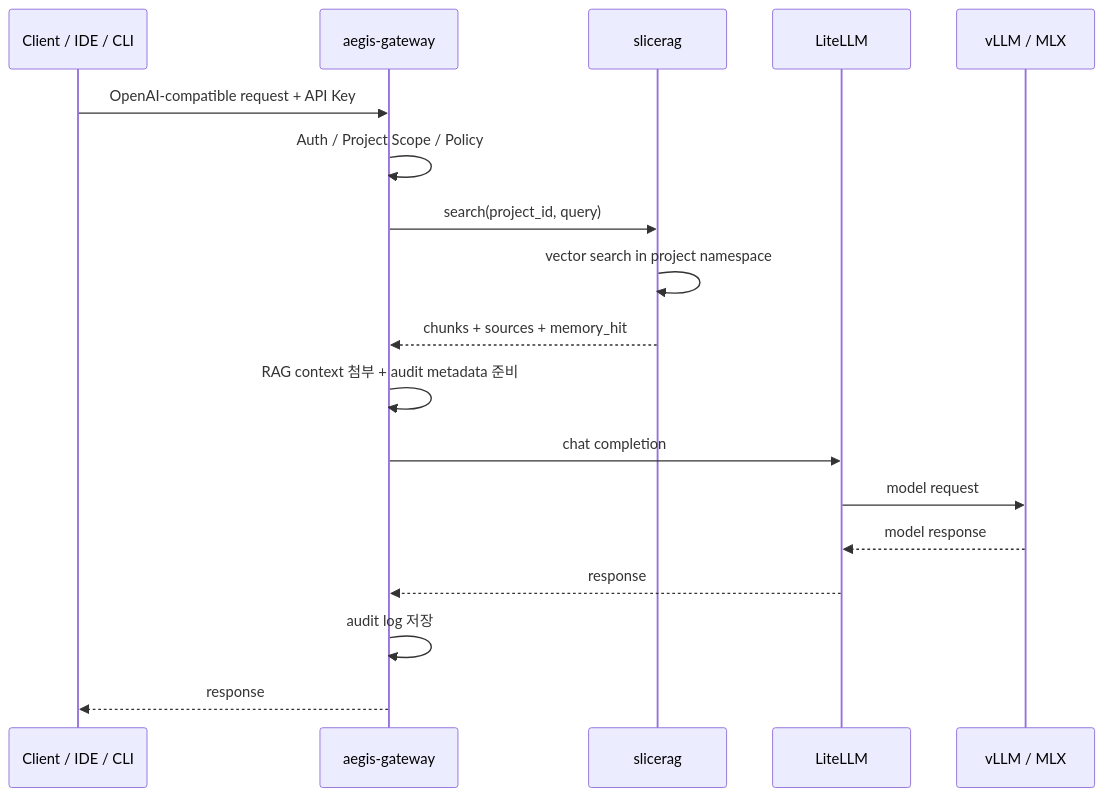
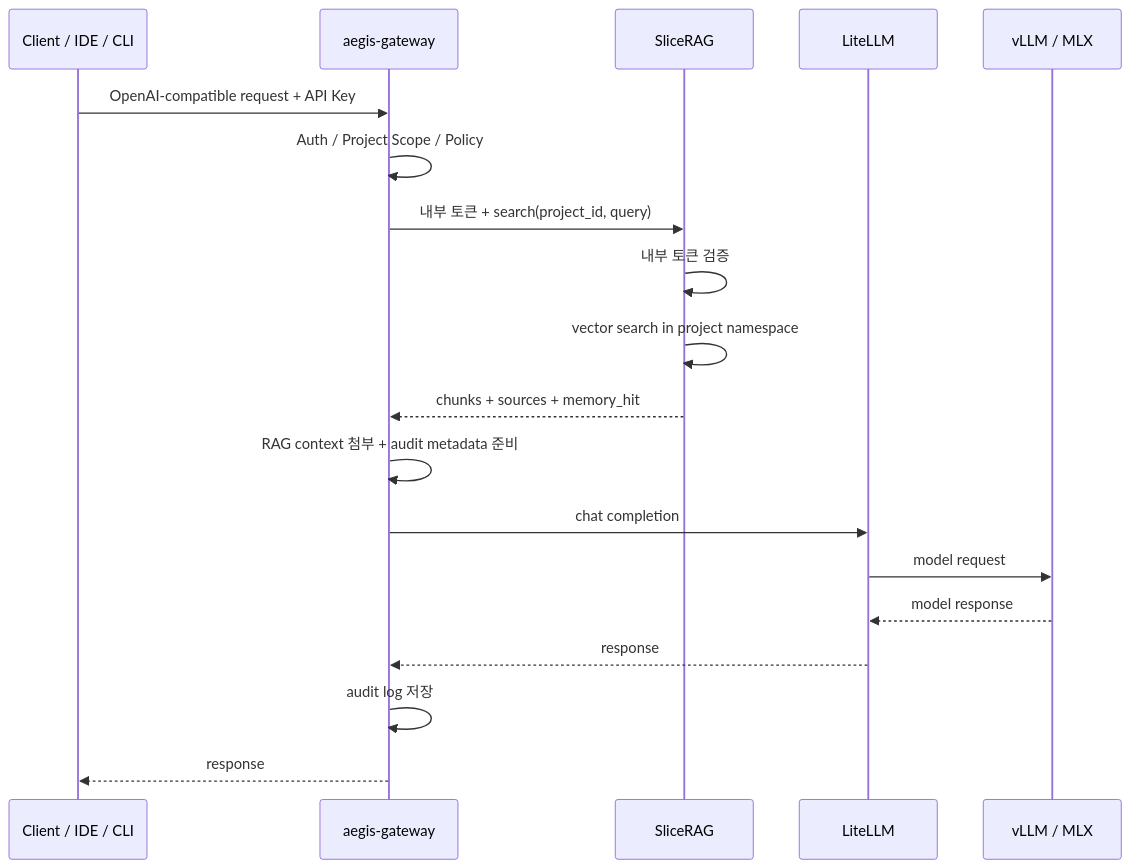
The diagram in docs/architecture.md (devcy0922/slicerag), drawn with Mermaid before and after one commit. The commit also changed other lines of this file and 21 other files, not shown here.

Commit message:
feat: SliceRAG 내부 격리 경계 강화

````diff
--- a/docs/architecture.md
+++ b/docs/architecture.md
@@ -11,21 +11,22 @@
 ```mermaid
 sequenceDiagram
     participant Client as Client / IDE / CLI
     participant Gateway as aegis-gateway
-    participant Memory as slicerag
+    participant Memory as SliceRAG
     participant Router as LiteLLM
     participant Model as vLLM / MLX
 
     Client->>Gateway: OpenAI-compatible request + API Key
     Gateway->>Gateway: Auth / Project Scope / Policy
-    Gateway->>Memory: search(project_id, query)
+    Gateway->>Memory: 내부 토큰 + search(project_id, query)
+    Memory->>Memory: 내부 토큰 검증
     Memory->>Memory: vector search in project namespace
     Memory-->>Gateway: chunks + sources + memory_hit
     Gateway->>Gateway: RAG context 첨부 + audit metadata 준비
     Gateway->>Router: chat completion
     Router->>Model: model request
     Model-->>Router: model response
     Router-->>Gateway: response
     Gateway->>Gateway: audit log 저장
     Gateway-->>Client: response
 ```
````
